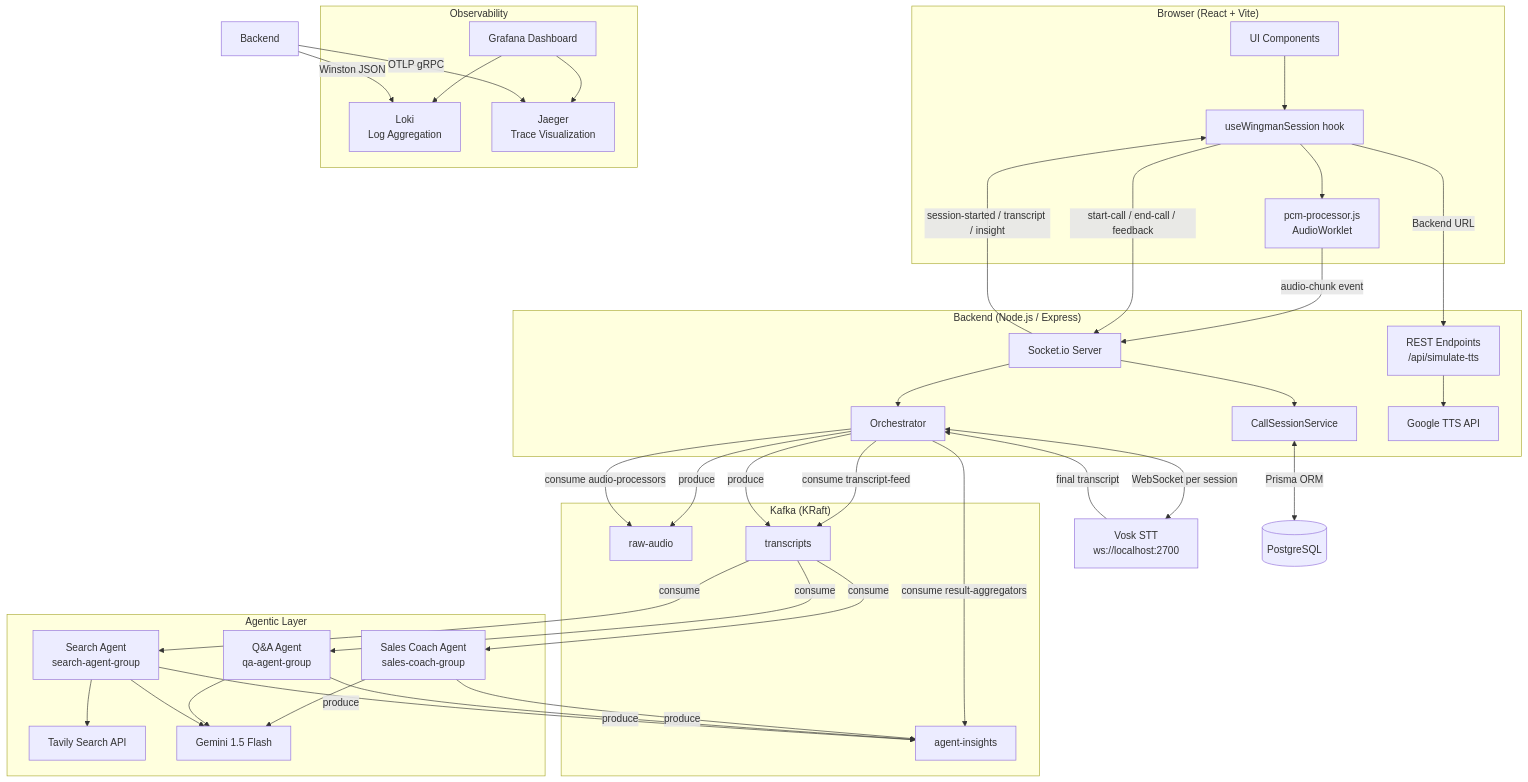
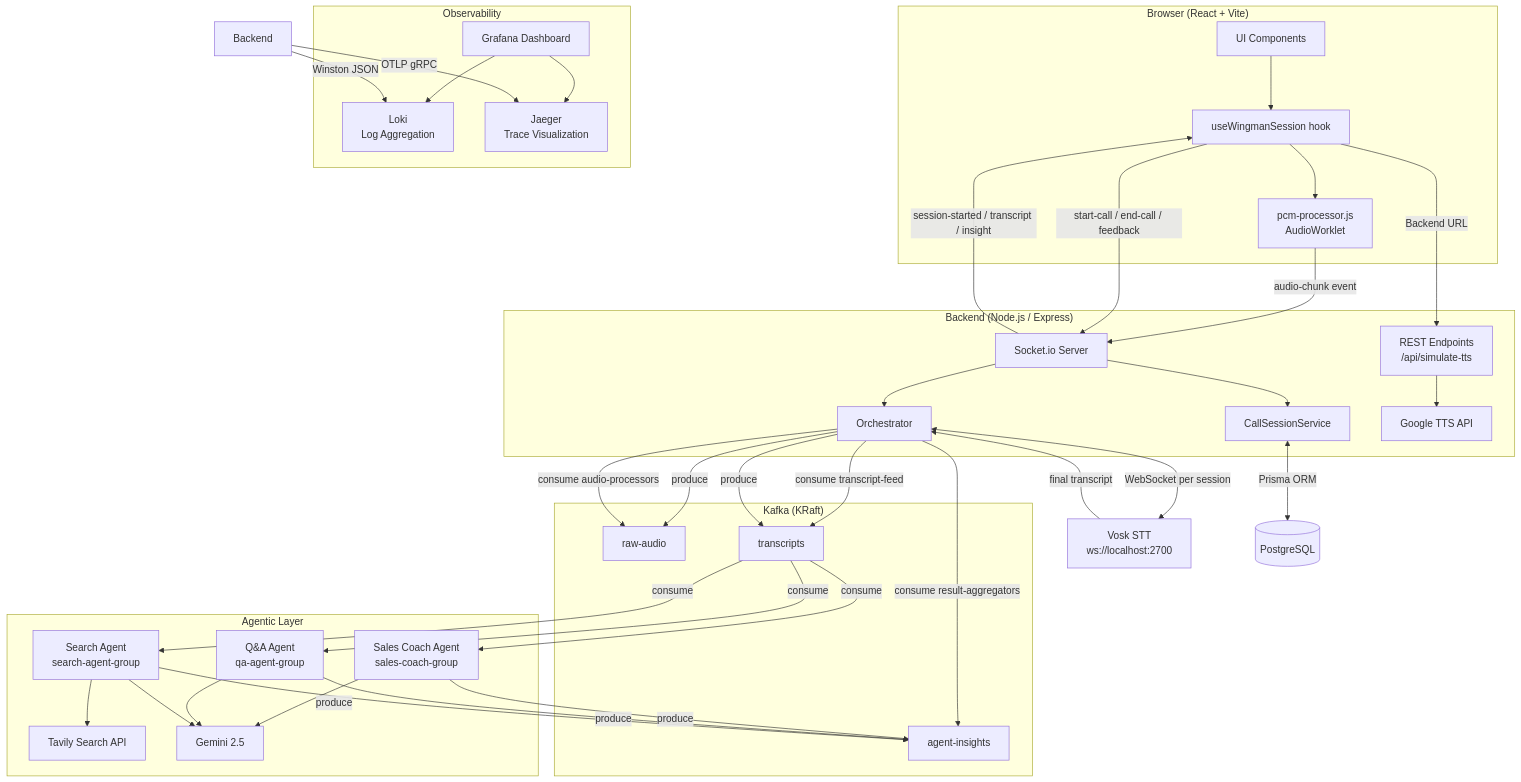
Before and after one commit to arunkumar-chockaiyan/wingman: the first of 8 diagrams in docs/architecture/system-architecture.md, drawn with Mermaid. The commit also changed other lines of this file and 6 other files, not shown here.

````diff
--- a/docs/architecture/system-architecture.md
+++ b/docs/architecture/system-architecture.md
@@ -5,68 +5,68 @@
 ```mermaid
 graph TD
     subgraph "Browser (React + Vite)"
         UI[UI Components]
         Hook[useWingmanSession hook]
         PCM[pcm-processor.js\nAudioWorklet]
         UI --> Hook
         Hook --> PCM
     end
 
     subgraph "Backend (Node.js / Express)"
         SIO[Socket.io Server]
         REST[REST Endpoints\n/api/simulate-tts]
         SVC[CallSessionService]
         ORCH[Orchestrator]
         SIO --> SVC
         SIO --> ORCH
         REST --> TTS[Google TTS API]
     end
 
     subgraph "Kafka (KRaft)"
         T1[raw-audio]
         T2[transcripts]
         T3[agent-insights]
     end
 
     subgraph "Agentic Layer"
         SC[Sales Coach Agent\nsales-coach-group]
         QA[Q&A Agent\nqa-agent-group]
         SA[Search Agent\nsearch-agent-group]
         SA --> TAVILY[Tavily Search API]
-        SC & QA & SA --> GEMINI[Gemini 1.5 Flash]
+        SC & QA & SA --> GEMINI[Gemini 2.5]
     end
 
     subgraph "Observability"
         LOKI[Loki\nLog Aggregation]
         JAEGER[Jaeger\nTrace Visualization]
         GRAFANA[Grafana Dashboard]
         GRAFANA --> LOKI
         GRAFANA --> JAEGER
     end
 
     PCM -->|audio-chunk event| SIO
     Hook -->|start-call / end-call / feedback| SIO
     SIO -->|session-started / transcript / insight| Hook
 
     ORCH -->|produce| T1
     ORCH -->|consume audio-processors| T1
     ORCH -->|consume transcript-feed| T2
     ORCH -->|consume result-aggregators| T3
 
     ORCH <-->|WebSocket per session| VOSK[Vosk STT\nws://localhost:2700]
     VOSK -->|final transcript| ORCH
     ORCH -->|produce| T2
 
     T2 -->|consume| SC
     T2 -->|consume| QA
     T2 -->|consume| SA
 
     SC & QA & SA -->|produce| T3
 
     SVC <-->|Prisma ORM| DB[(PostgreSQL)]
 
     Hook -->|Backend URL| REST
 
     Backend -->|OTLP gRPC| JAEGER
     Backend -->|Winston JSON| LOKI
 ```
````
